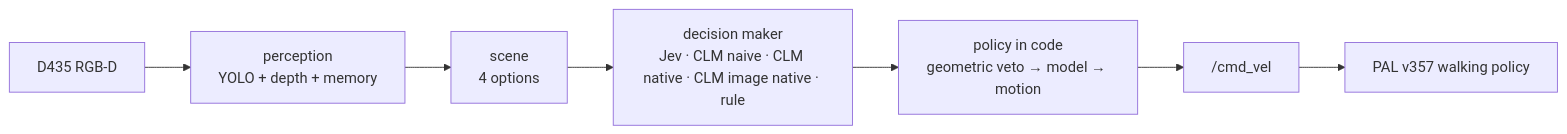
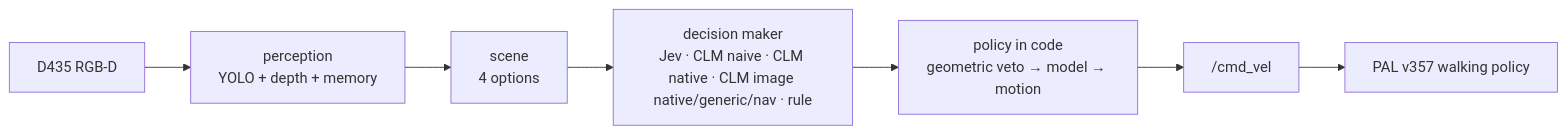
The diagram in REPORT.md (OscarMrZ/kangaroo-jev), drawn with Mermaid before and after one commit. The commit also changed other lines of this file and 7 other files, not shown here.

Commit message:
CLM image generic and CLM image nav (kangaroo-clm v2, planner-taught) on the six courses; report with seven decision makers

````diff
--- a/REPORT.md
+++ b/REPORT.md
@@ -54,8 +60,8 @@
 ```mermaid
 flowchart LR
     cam["D435 RGB-D"] --> per["perception<br/>YOLO + depth + memory"]
     per --> scene["scene<br/>4 options"]
-    scene --> dm["decision maker<br/>Jev · CLM naive · CLM native · CLM image native · rule"]
+    scene --> dm["decision maker<br/>Jev · CLM naive · CLM native · CLM image native/generic/nav · rule"]
     dm --> pol["policy in code<br/>geometric veto → model → motion"]
     pol --> cmd["/cmd_vel"] --> loco["PAL v357 walking policy"]
 ```
````
